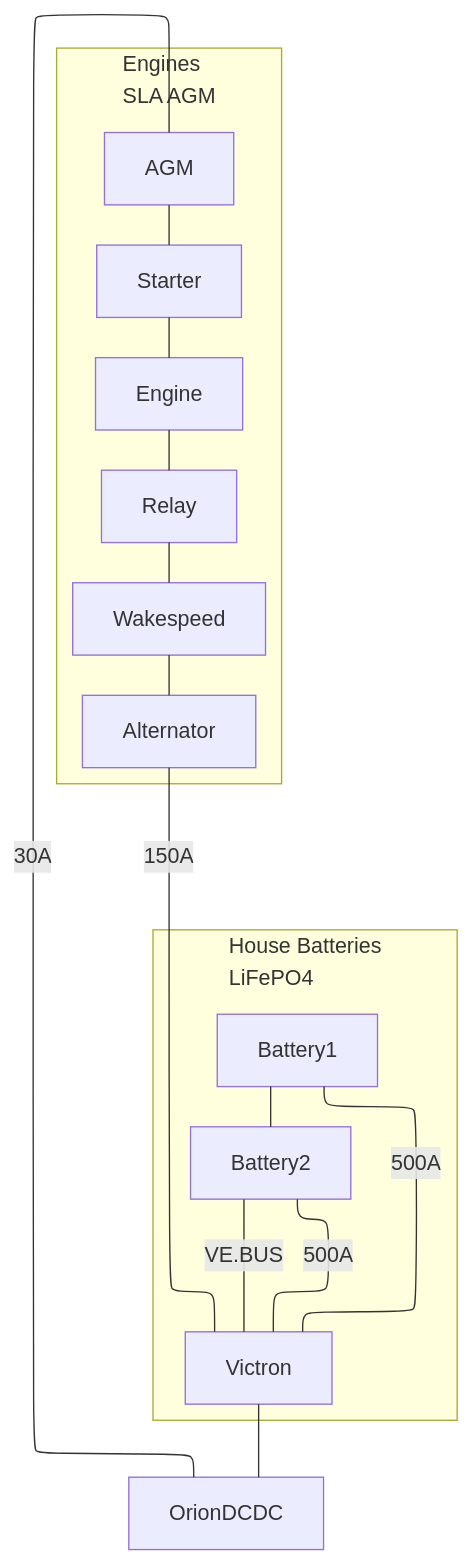
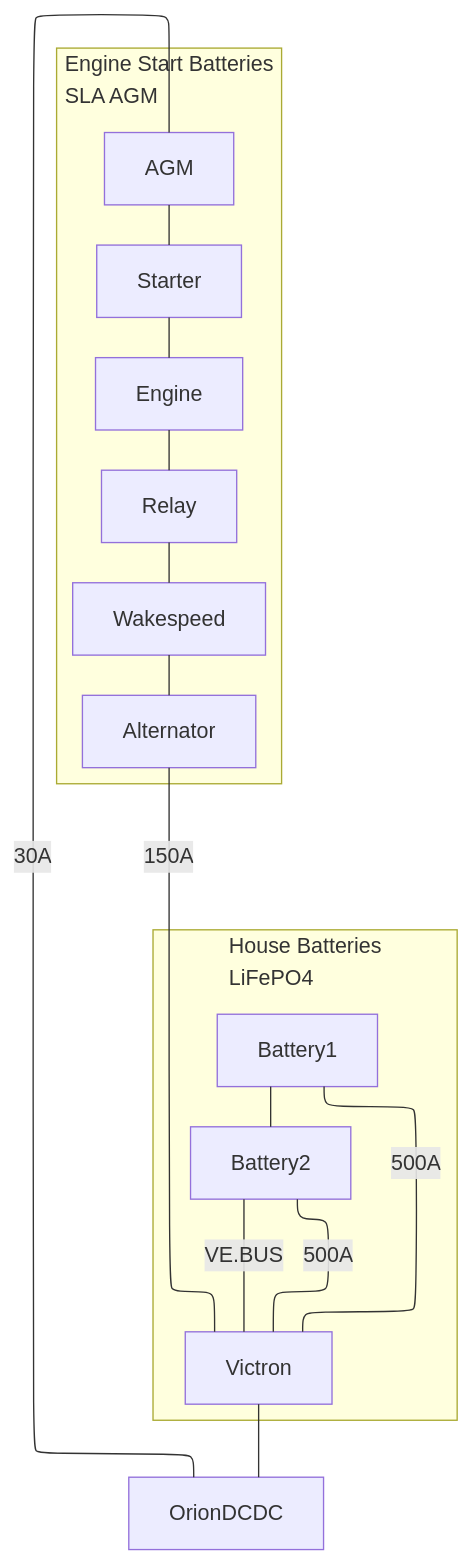
Before and after one commit to dcoon/svharmony: the diagram in owners_manual/Batteries.md, drawn with Mermaid.

````diff
--- a/owners_manual/Batteries.md
+++ b/owners_manual/Batteries.md
@@ -3,23 +3,23 @@
 ```mermaid
 
 flowchart-elk
   
 Victron --- OrionDCDC
 OrionDCDC ---|30A| AGM
   
 subgraph house["House Batteries
 LiFePO4"]
   Battery1 ---|500A| Victron
   Battery2 ---|500A| Victron
   Battery1 --- Battery2
 end
 Battery2 ---|VE.BUS| Victron
 
-subgraph engine["Engines
+subgraph engine["Engine Start Batteries
 SLA AGM"]
   AGM --- Starter --- Engine
   Engine --- Relay --- Wakespeed
   Wakespeed --- Alternator ---|150A| Victron
 end
 
 ```
````
